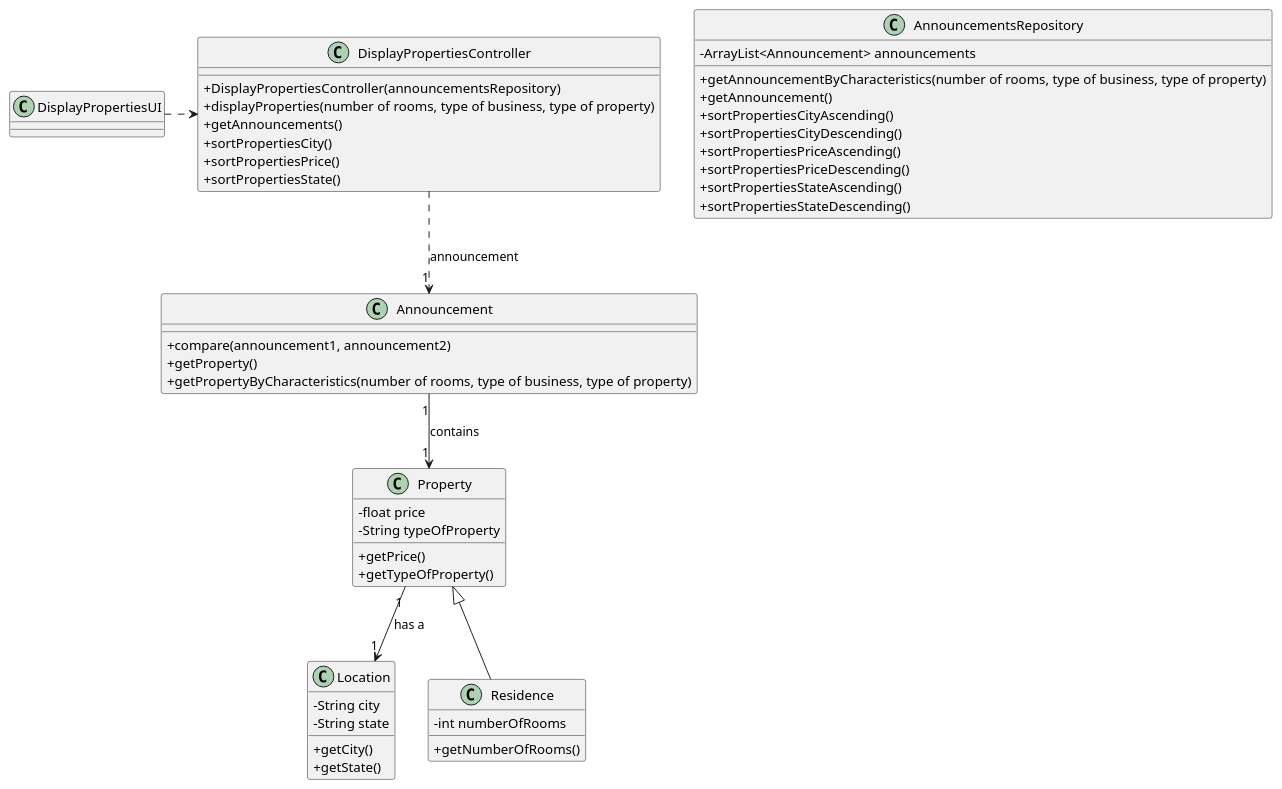
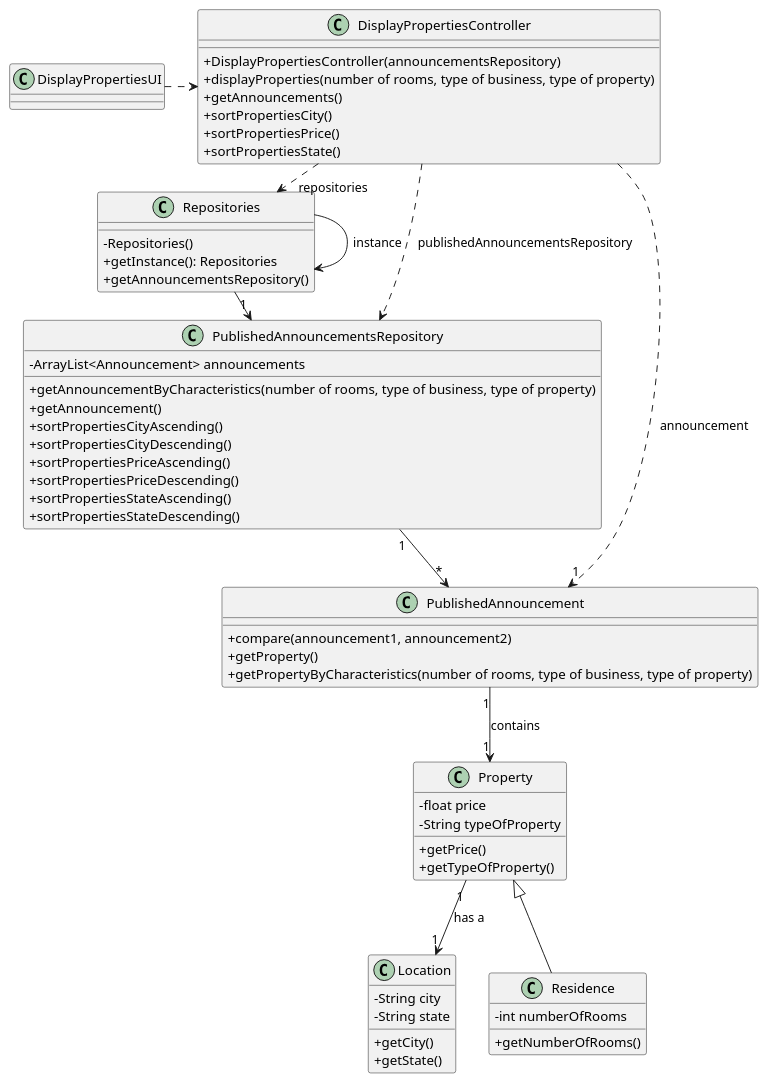
One commit to 1220812/LAPR2 changed the diagram in docs/sprintB/us001/03.design/puml/us001-class-diagram.puml. Above: the diagram before and after it, drawn with PlantUML.

Commit message:
us001 class diagram almost complete

```diff
--- a/docs/sprintB/us001/03.design/puml/us001-class-diagram.puml
+++ b/docs/sprintB/us001/03.design/puml/us001-class-diagram.puml
@@ -1,72 +1,83 @@
 @startuml
 'skinparam monochrome true
 skinparam packageStyle rectangle
 skinparam shadowing false
 skinparam linetype polyline
 skinparam linetype orto
 
 skinparam classAttributeIconSize 0
 
 'left to right direction
 
 class Property{
 -float price
 -String typeOfProperty
 +getPrice()
 +getTypeOfProperty()
 }
 
 class Location{
 -String city
 -String state
 +getCity()
 +getState()
 }
 
 class Residence{
 -int numberOfRooms
 +getNumberOfRooms()
 }
 
 class DisplayPropertiesUI{
 }
 
 class DisplayPropertiesController{
 +DisplayPropertiesController(announcementsRepository)
 +displayProperties(number of rooms, type of business, type of property)
 +getAnnouncements()
 +sortPropertiesCity()
 +sortPropertiesPrice()
 +sortPropertiesState()
 }
 
-class Announcement{
+class PublishedAnnouncement{
 +compare(announcement1, announcement2)
 +getProperty()
 +getPropertyByCharacteristics(number of rooms, type of business, type of property)
 }
 
-class AnnouncementsRepository{
+class Repositories{
+-Repositories()
++getInstance(): Repositories
++getAnnouncementsRepository()
+}
+
+class PublishedAnnouncementsRepository{
 -ArrayList<Announcement> announcements
 +getAnnouncementByCharacteristics(number of rooms, type of business, type of property)
 +getAnnouncement()
 +sortPropertiesCityAscending()
 +sortPropertiesCityDescending()
 +sortPropertiesPriceAscending()
 +sortPropertiesPriceDescending()
 +sortPropertiesStateAscending()
 +sortPropertiesStateDescending()
 }
 
 
+Repositories -> Repositories : instance
+
 DisplayPropertiesUI .> DisplayPropertiesController
+DisplayPropertiesController .> Repositories : repositories
 
+Repositories -> "1" PublishedAnnouncementsRepository
 
+DisplayPropertiesController ..> PublishedAnnouncementsRepository : publishedAnnouncementsRepository
 
-DisplayPropertiesController ..> "1" Announcement : announcement
-Announcement "1" --> "1" Property : contains
+PublishedAnnouncementsRepository "1" --> "*" PublishedAnnouncement
+DisplayPropertiesController ..> "1" PublishedAnnouncement : announcement
+PublishedAnnouncement "1" --> "1" Property : contains
 Property <|-- Residence
 Property "1" --> "1" Location : has a
 
-
 @enduml
```
